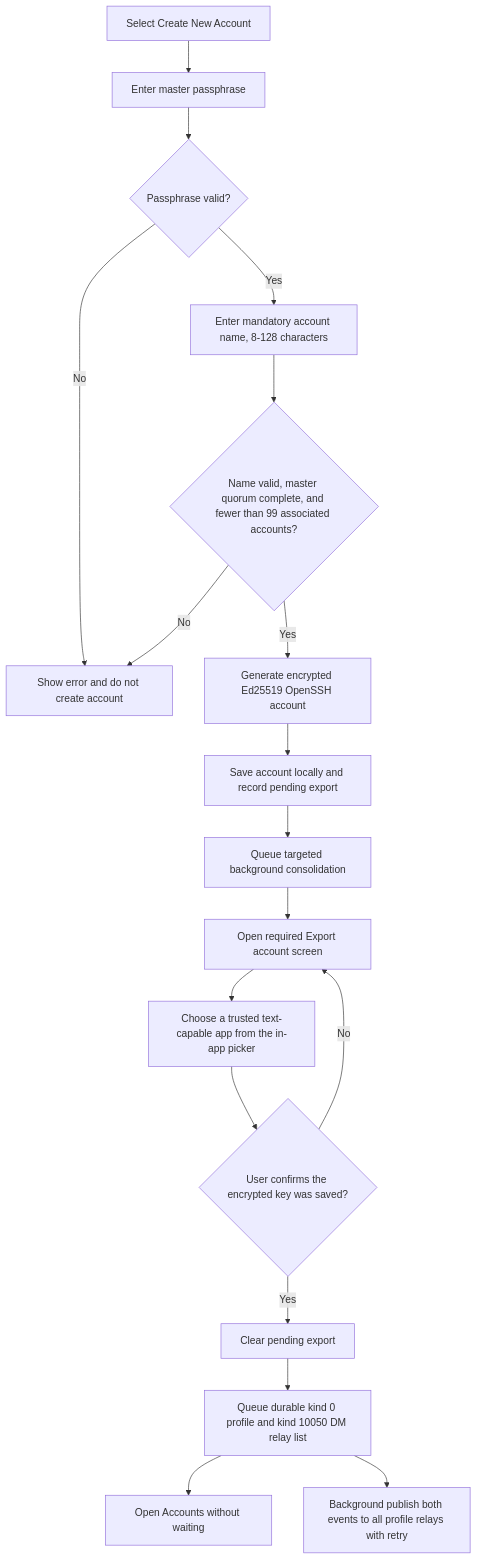
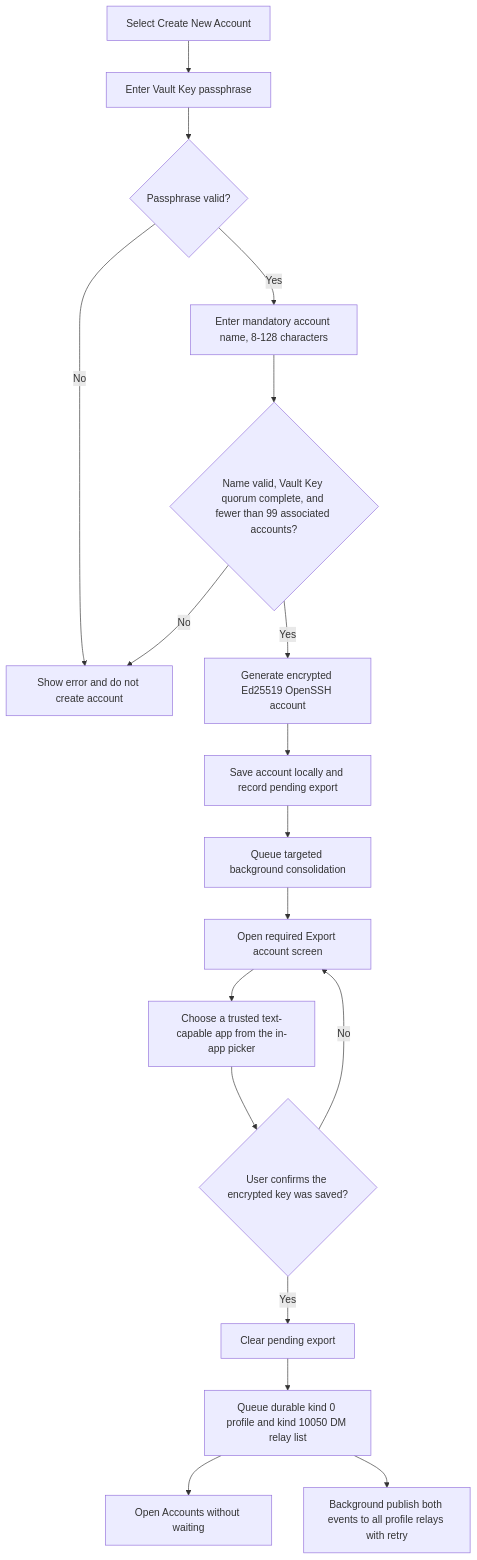
One commit to ZenTenApp/vault-kotlin changed the third of 6 diagrams in docs/stakeholder/flowcharts.md. Above: the diagram before and after it, drawn with Mermaid. The commit also changed other lines of this file and 74 other files, not shown here.

Commit message:
refactor(vault-key): replace master terminology

````diff
--- a/docs/stakeholder/flowcharts.md
+++ b/docs/stakeholder/flowcharts.md
@@ -100,20 +100,20 @@
 ```mermaid
 flowchart TD
-    Add["Select Create New Account"] --> EnterPassphrase["Enter master passphrase"]
+    Add["Select Create New Account"] --> EnterPassphrase["Enter Vault Key passphrase"]
     EnterPassphrase --> Verify{"Passphrase valid?"}
     Verify -->|No| Rejected["Show error and do not create account"]
     Verify -->|Yes| EnterName["Enter mandatory account name, 8-128 characters"]
-    EnterName --> Check{"Name valid, master quorum complete, and fewer than 99 associated accounts?"}
+    EnterName --> Check{"Name valid, Vault Key quorum complete, and fewer than 99 associated accounts?"}
     Check -->|No| Rejected
     Check -->|Yes| Generate["Generate encrypted Ed25519 OpenSSH account"]
     Generate --> Save["Save account locally and record pending export"]
     Save --> Queue["Queue targeted background consolidation"]
     Queue --> Export["Open required Export account screen"]
     Export --> Choose["Choose a trusted text-capable app from the in-app picker"]
     Choose --> Confirm{"User confirms the encrypted key was saved?"}
     Confirm -->|No| Export
     Confirm -->|Yes| Clear["Clear pending export"]
     Clear --> QueueProfile["Queue durable kind 0 profile and kind 10050 DM relay list"]
     QueueProfile --> Accounts["Open Accounts without waiting"]
     QueueProfile --> ProfileWorker["Background publish both events to all profile relays with retry"]
 ```
````
